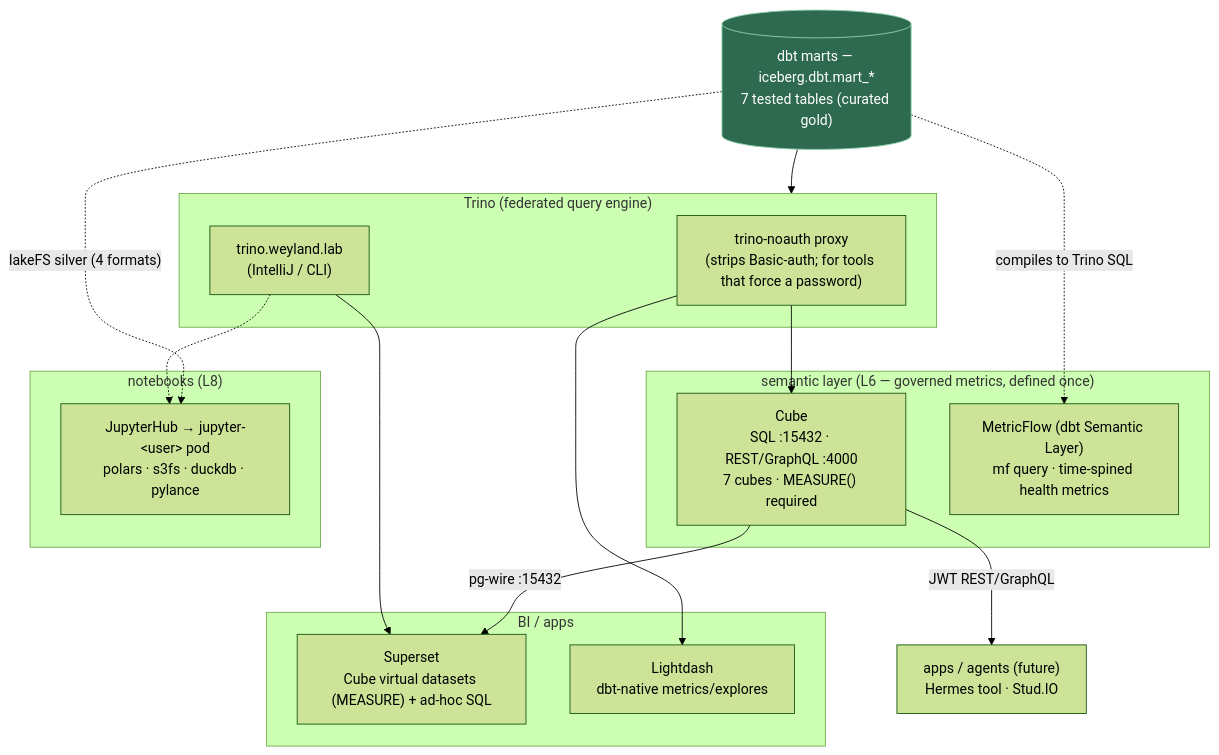
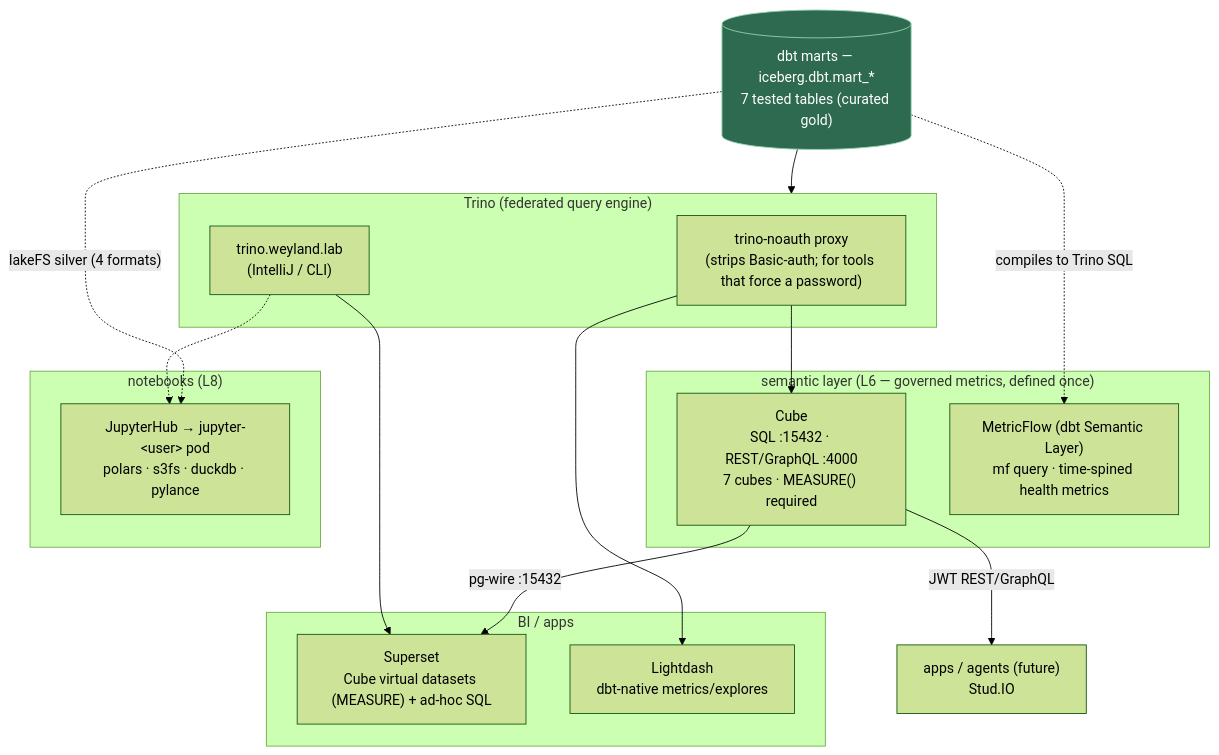
Before and after one commit to edtbl76/weyland-lab: the first of 2 diagrams in docs/diagrams/flow-semantic-consumption.md, drawn with Mermaid (forest theme). The commit also changed 14 other files, not shown here.

Commit message:
Route all LiteLLM hosted lanes through Bifrost for consistent provider egress, add per-VK attribution, and update diagrams and docs for new architecture.

````diff
--- a/docs/diagrams/flow-semantic-consumption.md
+++ b/docs/diagrams/flow-semantic-consumption.md
@@ -9,36 +9,36 @@
 ```mermaid
 flowchart TB
   MARTS[("dbt marts — iceberg.dbt.mart_*<br/>7 tested tables (curated gold)")]
 
   subgraph TRINO["Trino (federated query engine)"]
     NOAUTH["trino-noauth proxy<br/>(strips Basic-auth; for tools that force a password)"]
     TAUTH["trino.weyland.lab<br/>(IntelliJ / CLI)"]
   end
   MARTS --> TRINO
 
   subgraph SEM["semantic layer (L6 — governed metrics, defined once)"]
     CUBE["Cube<br/>SQL :15432 · REST/GraphQL :4000<br/>7 cubes · MEASURE() required"]
     MF["MetricFlow (dbt Semantic Layer)<br/>mf query · time-spined health metrics"]
   end
   NOAUTH --> CUBE
   MARTS -.->|"compiles to Trino SQL"| MF
 
   subgraph BI["BI / apps"]
     SUPERSET["Superset<br/>Cube virtual datasets (MEASURE) + ad-hoc SQL"]
     LIGHTDASH["Lightdash<br/>dbt-native metrics/explores"]
   end
   CUBE -->|"pg-wire :15432"| SUPERSET
   NOAUTH --> LIGHTDASH
   TAUTH --> SUPERSET
 
   subgraph NB["notebooks (L8)"]
     JHUB["JupyterHub → jupyter-&lt;user&gt; pod<br/>polars · s3fs · duckdb · pylance"]
   end
   MARTS -.->|"lakeFS silver (4 formats)"| JHUB
   TAUTH -.-> JHUB
 
-  CUBE -->|"JWT REST/GraphQL"| APPS["apps / agents (future)<br/>Hermes tool · Stud.IO"]
+  CUBE -->|"JWT REST/GraphQL"| APPS["apps / agents (future)<br/>Stud.IO"]
 
   classDef gold fill:#2d6a4f,stroke:#95d5b2,color:#fff;
   class MARTS gold;
 ```
````
